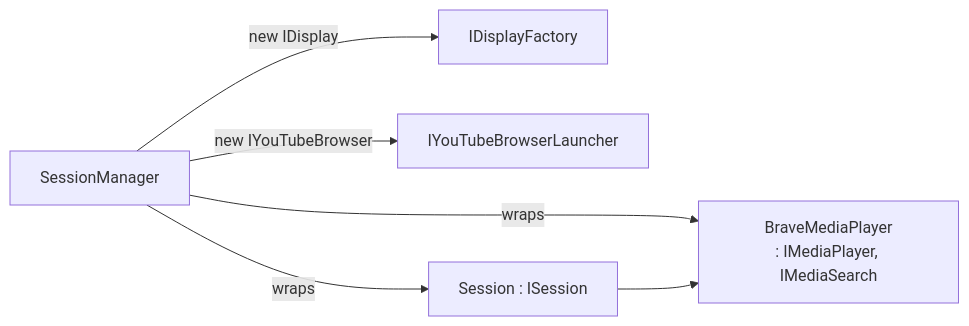
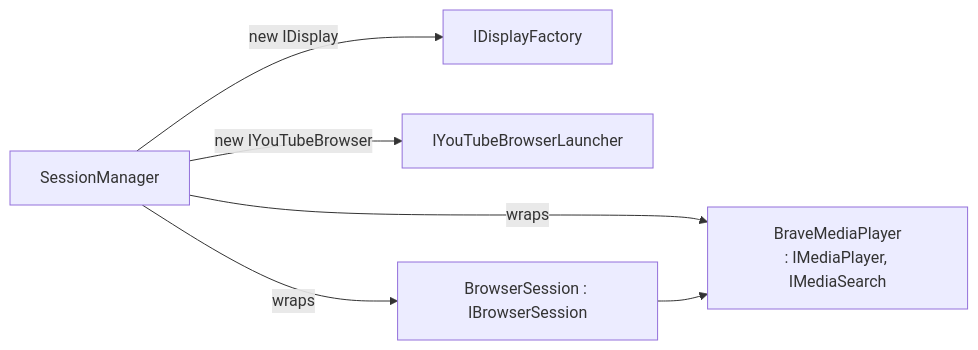
The sixth of 7 diagrams in doc/server-design.md (Yeti47/BluKube), drawn with Mermaid before and after one commit. The commit also changed other lines of this file and 17 other files, not shown here.

````diff
--- a/doc/server-design.md
+++ b/doc/server-design.md
@@ -335,8 +335,8 @@
 ```mermaid
 flowchart LR
     SM[SessionManager] -->|new IDisplay| DF[IDisplayFactory]
     SM -->|new IYouTubeBrowser| BL[IYouTubeBrowserLauncher]
     SM -->|wraps| MP[BraveMediaPlayer<br/>: IMediaPlayer, IMediaSearch]
-    SM -->|wraps| S[Session : ISession]
+    SM -->|wraps| S[BrowserSession : IBrowserSession]
     S --> MP
 ```
````
